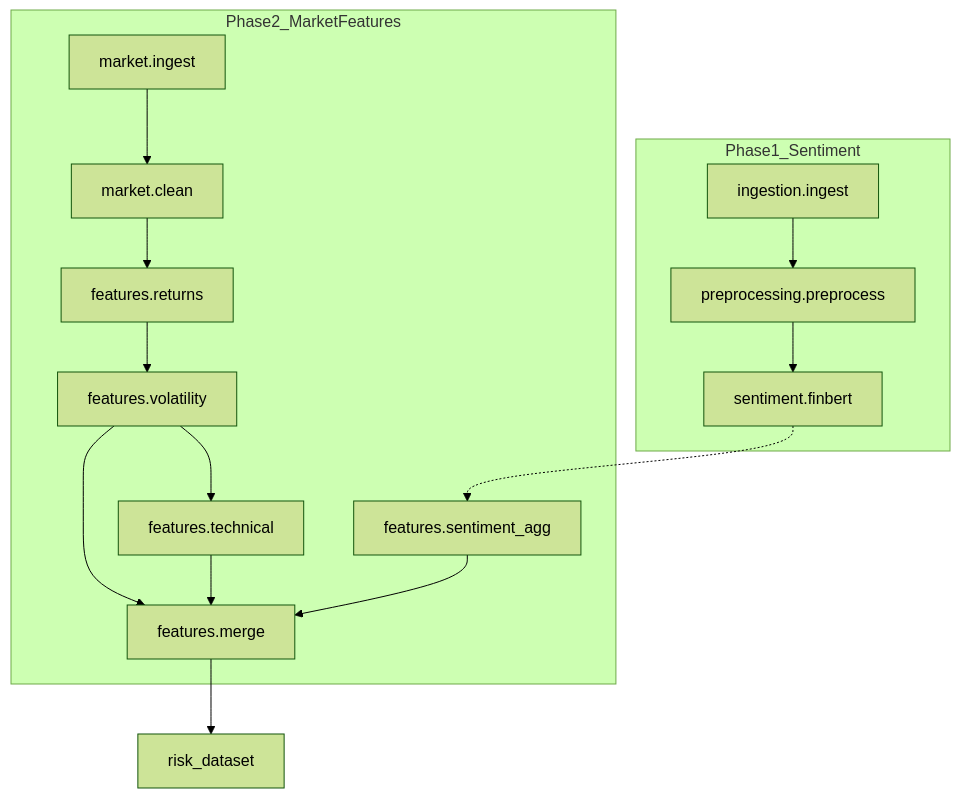
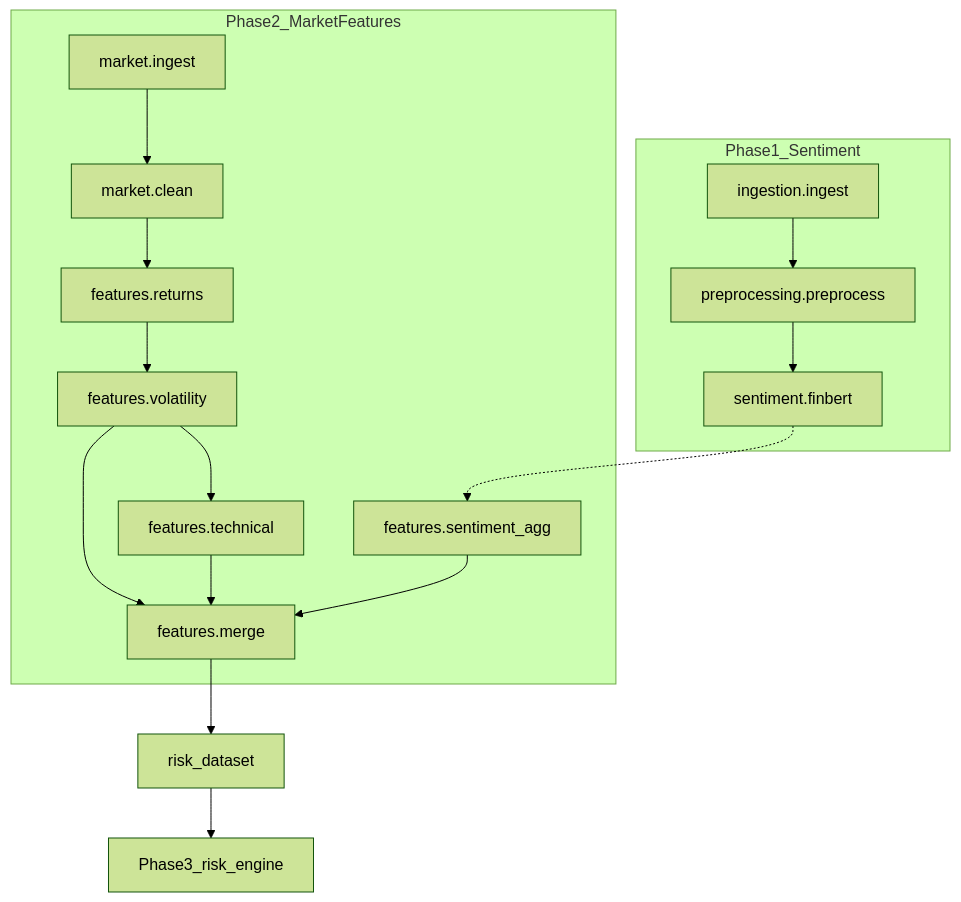
One commit to R1G12/ai-quant-risk-engine changed the diagram in docs/architecture.md. Above: the diagram before and after it, drawn with Mermaid (forest theme). The commit also changed other lines of this file and 83 other files, not shown here.

````diff
--- a/docs/architecture.md
+++ b/docs/architecture.md
@@ -7,24 +7,25 @@
 ```mermaid
 flowchart TB
   subgraph phase1 [Phase1_Sentiment]
     ingest[ingestion.ingest]
     preprocess[preprocessing.preprocess]
     sentiment[sentiment.finbert]
     ingest --> preprocess --> sentiment
   end
   subgraph phase2 [Phase2_MarketFeatures]
     mIngest[market.ingest]
     mClean[market.clean]
     returns[features.returns]
     volFeat[features.volatility]
     techFeat[features.technical]
     sentFeat[features.sentiment_agg]
     merge[features.merge]
     mIngest --> mClean --> returns --> volFeat --> techFeat
     sentiment -.-> sentFeat
     volFeat --> merge
     techFeat --> merge
     sentFeat --> merge
   end
   merge --> riskOut[risk_dataset]
+  riskOut --> riskP3[Phase3_risk_engine]
 ```
````
